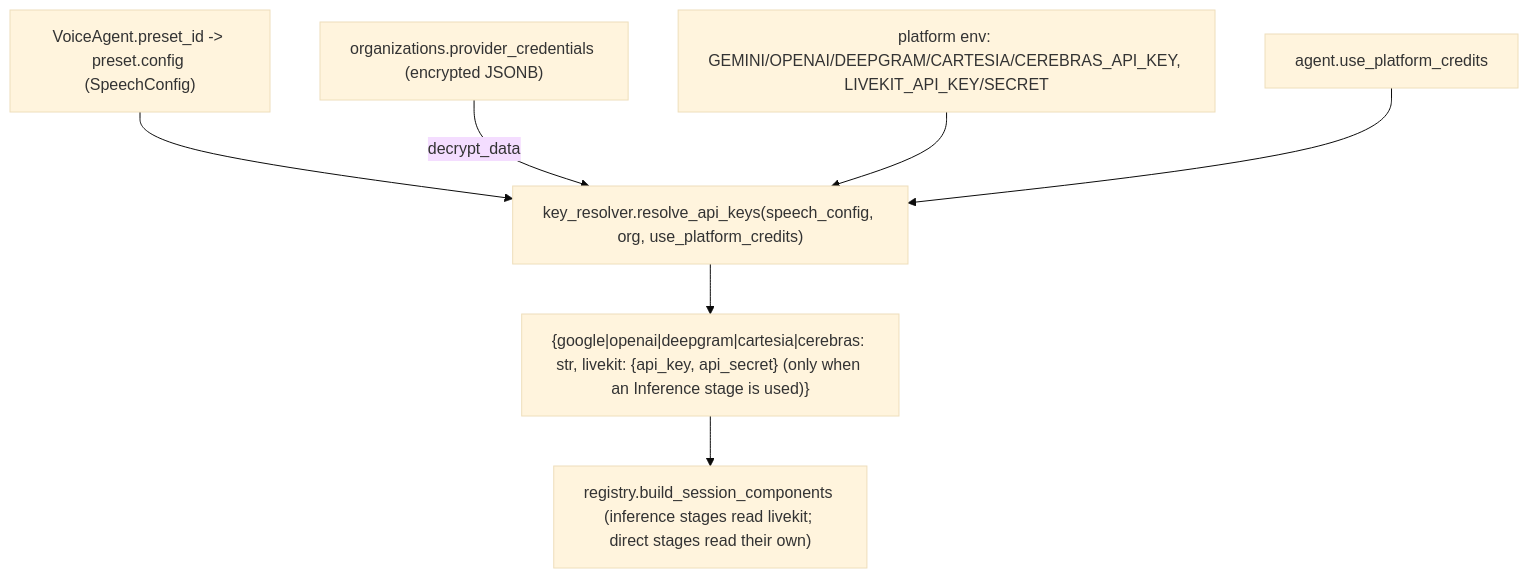
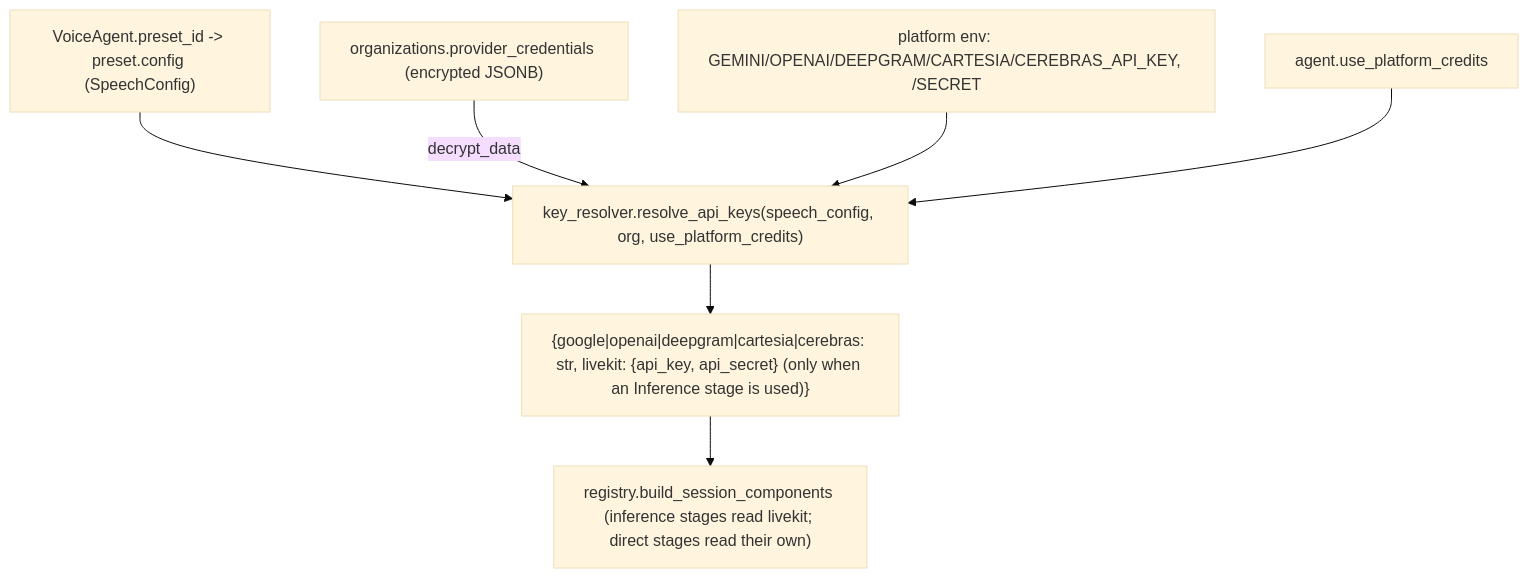
One commit to gauravdhiman/a1-voice-agent-platform changed the sixth of 9 diagrams in docs/01_architecture/voice_engine_pipeline_design.md. Above: the diagram before and after it, drawn with Mermaid (base theme). The commit also changed other lines of this file and 163 other files, not shown here.

````diff
--- a/docs/01_architecture/voice_engine_pipeline_design.md
+++ b/docs/01_architecture/voice_engine_pipeline_design.md
@@ -270,9 +277,9 @@
 ```mermaid
 flowchart TD
     Agent["VoiceAgent.preset_id -> preset.config (SpeechConfig)"] --> Resolver["key_resolver.resolve_api_keys(speech_config, org, use_platform_credits)"]
     Blob["organizations.provider_credentials (encrypted JSONB)"] -->|decrypt_data| Resolver
-    Plat["platform env: GEMINI/OPENAI/DEEPGRAM/CARTESIA/CEREBRAS_API_KEY, LIVEKIT_API_KEY/SECRET"] --> Resolver
+    Plat["platform env: GEMINI/OPENAI/DEEPGRAM/CARTESIA/CEREBRAS_API_KEY, /SECRET"] --> Resolver
     Credits["agent.use_platform_credits"] --> Resolver
     Resolver --> Map["{google|openai|deepgram|cartesia|cerebras: str, livekit: {api_key, api_secret} (only when an Inference stage is used)}"]
     Map --> Factories["registry.build_session_components (inference stages read livekit; direct stages read their own)"]
 ```
````
